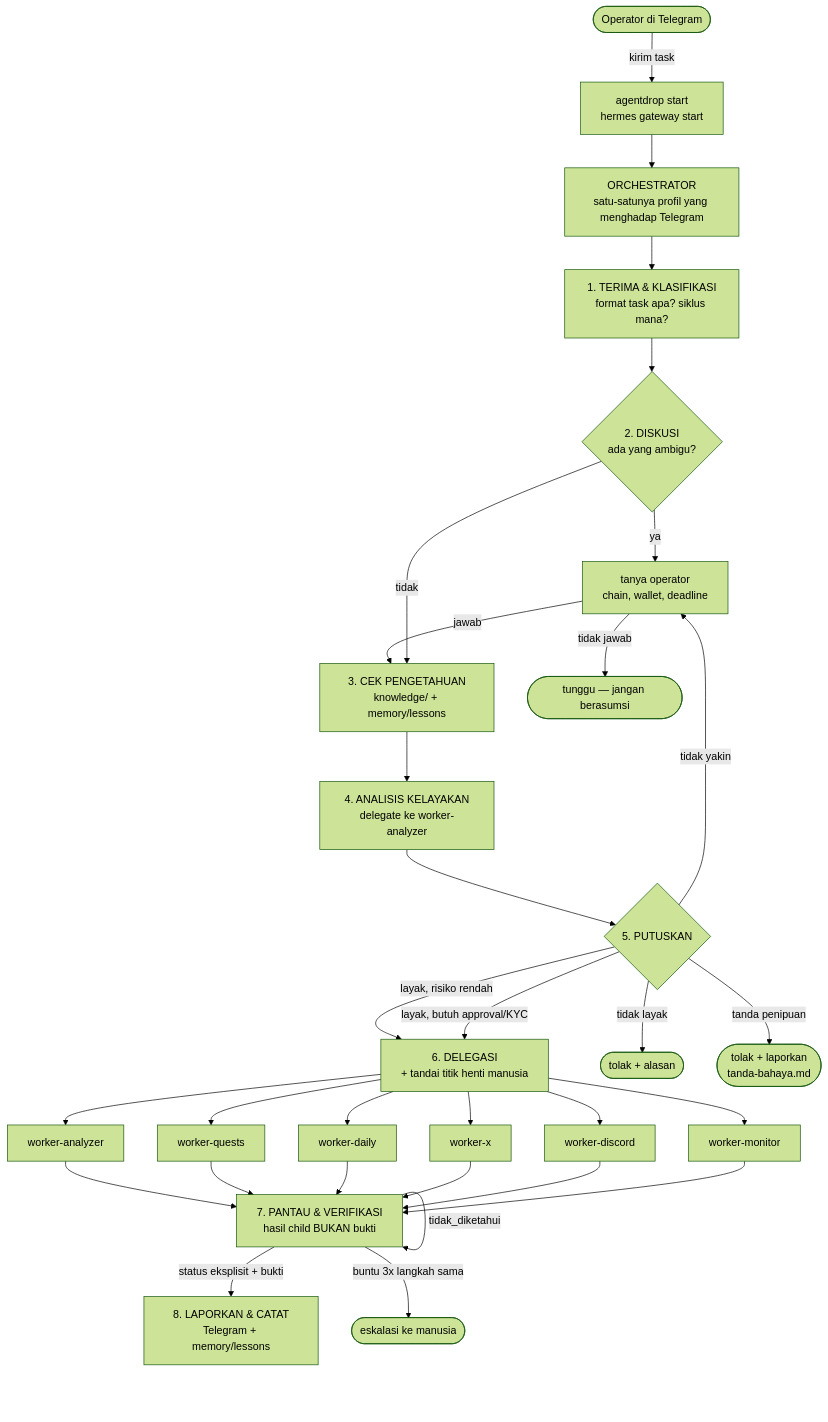
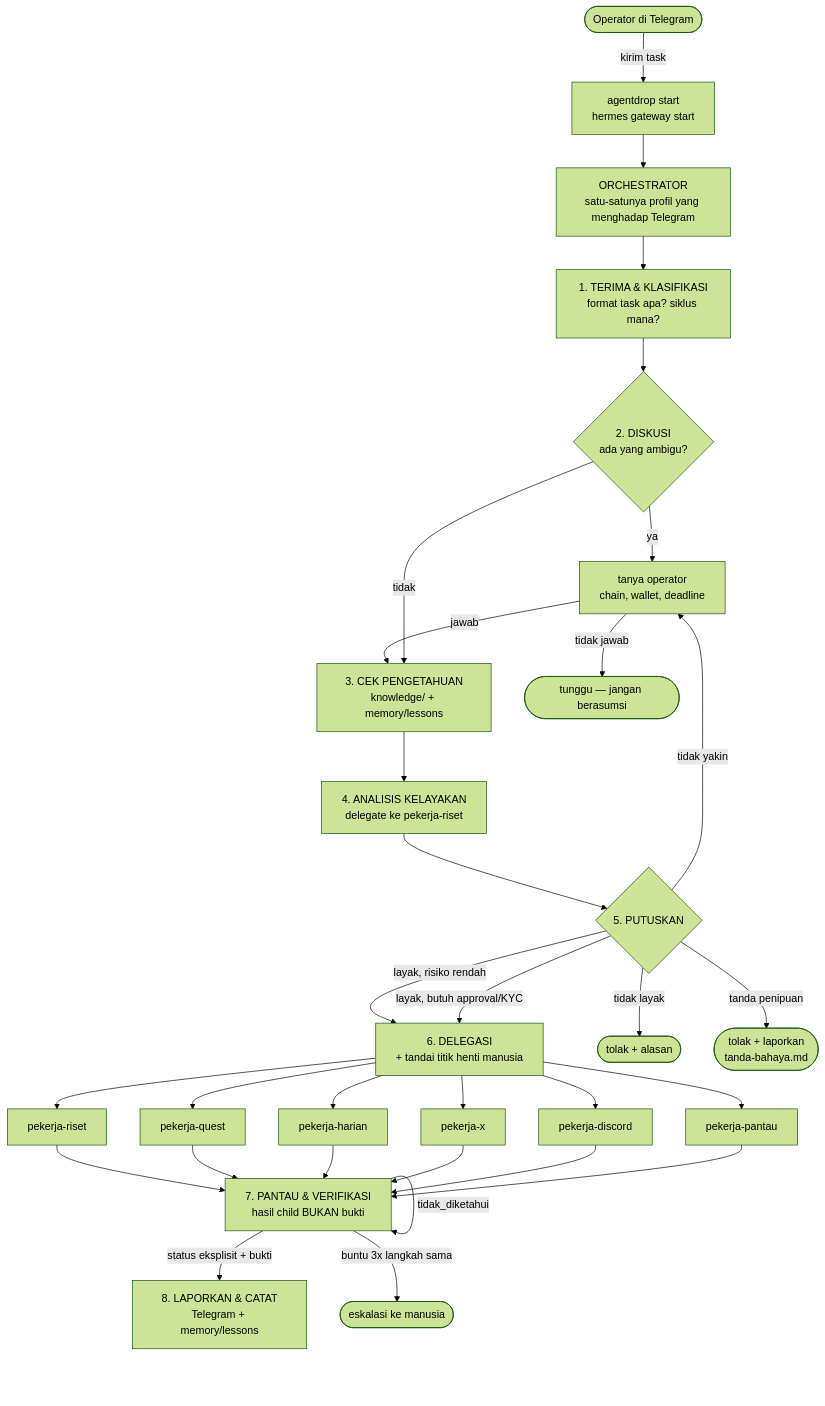
The first of 6 diagrams in docs/arsitektur-alur.md (Scryptexai/AgentDrop), drawn with Mermaid (forest theme) before and after one commit. The commit also changed other lines of this file and 46 other files, not shown here.

````diff
--- a/docs/arsitektur-alur.md
+++ b/docs/arsitektur-alur.md
@@ -19,33 +19,33 @@
 ```mermaid
 flowchart TD
     OP(["Operator di Telegram"]) -->|"kirim task"| GW["agentdrop start<br/>hermes gateway start"]
     GW --> ORC["ORCHESTRATOR<br/>satu-satunya profil yang menghadap Telegram"]
 
     ORC --> S1["1. TERIMA & KLASIFIKASI<br/>format task apa? siklus mana?"]
     S1 --> S2{"2. DISKUSI<br/>ada yang ambigu?"}
     S2 -->|"ya"| TNY["tanya operator<br/>chain, wallet, deadline"]
     TNY -->|"jawab"| S3
     TNY -->|"tidak jawab"| WAIT(["tunggu — jangan berasumsi"])
     S2 -->|"tidak"| S3["3. CEK PENGETAHUAN<br/>knowledge/ + memory/lessons"]
 
-    S3 --> S4["4. ANALISIS KELAYAKAN<br/>delegate ke worker-analyzer"]
+    S3 --> S4["4. ANALISIS KELAYAKAN<br/>delegate ke pekerja-riset"]
     S4 --> S5{"5. PUTUSKAN"}
 
     S5 -->|"layak, risiko rendah"| S6
     S5 -->|"layak, butuh approval/KYC"| S6["6. DELEGASI<br/>+ tandai titik henti manusia"]
     S5 -->|"tidak layak"| TOLAK(["tolak + alasan"])
     S5 -->|"tanda penipuan"| BAHAYA(["tolak + laporkan<br/>tanda-bahaya.md"])
     S5 -->|"tidak yakin"| TNY
 
-    S6 --> WA["worker-analyzer"]
-    S6 --> WQ["worker-quests"]
-    S6 --> WD["worker-daily"]
-    S6 --> WX["worker-x"]
-    S6 --> WDI["worker-discord"]
-    S6 --> WM["worker-monitor"]
+    S6 --> WA["pekerja-riset"]
+    S6 --> WQ["pekerja-quest"]
+    S6 --> WD["pekerja-harian"]
+    S6 --> WX["pekerja-x"]
+    S6 --> WDI["pekerja-discord"]
+    S6 --> WM["pekerja-pantau"]
 
     WA & WQ & WD & WX & WDI & WM --> S7["7. PANTAU & VERIFIKASI<br/>hasil child BUKAN bukti"]
     S7 -->|"status eksplisit + bukti"| S8["8. LAPORKAN & CATAT<br/>Telegram + memory/lessons"]
     S7 -->|"tidak_diketahui"| S7
     S7 -->|"buntu 3x langkah sama"| ESC(["eskalasi ke manusia"])
 ```
````
